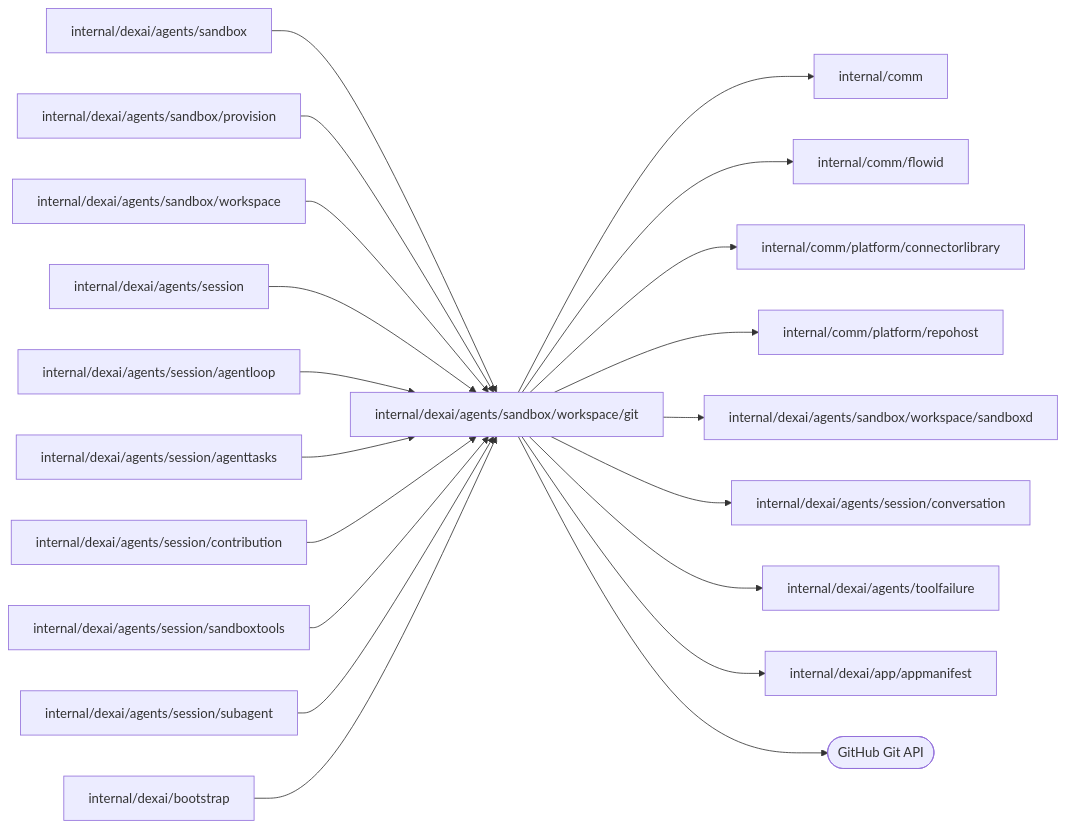
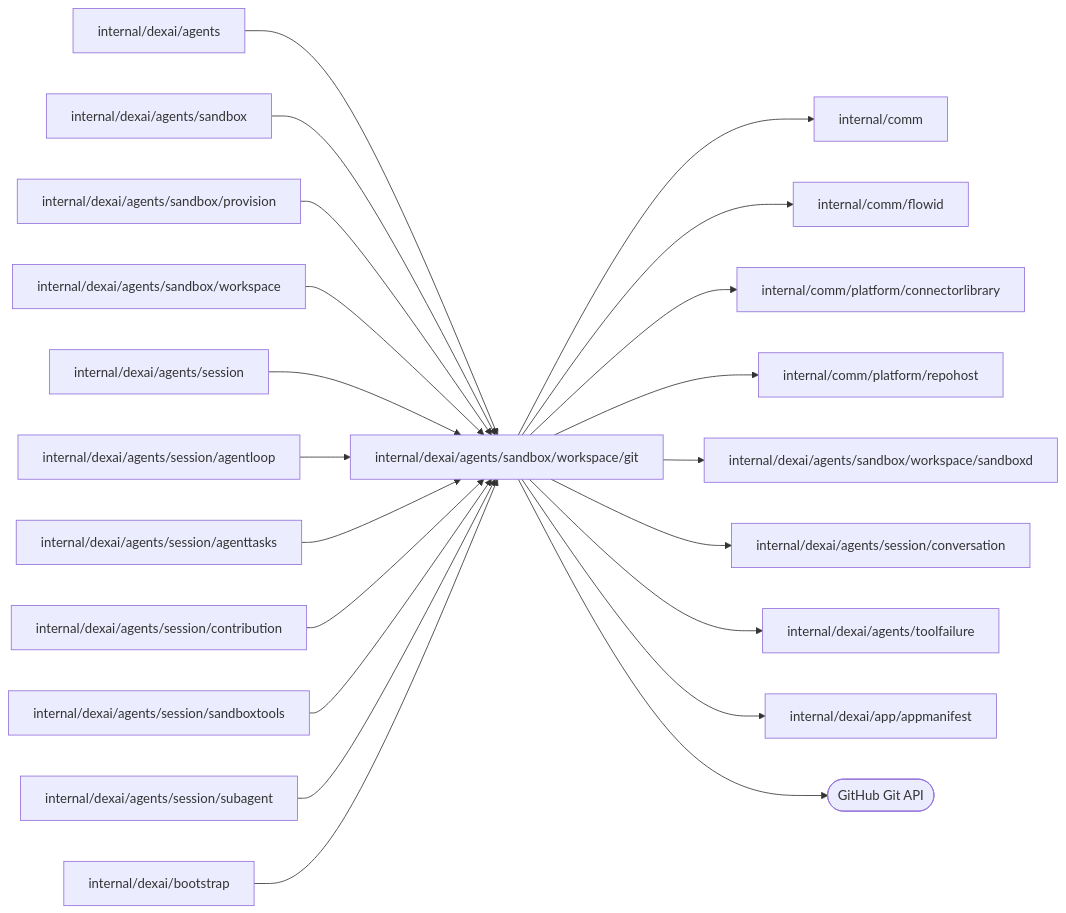
The diagram in internal/dexai/agents/sandbox/workspace/git/README.md (superdurable/superverse), drawn with Mermaid before and after one commit. The commit also changed other lines of this file and 226 other files, not shown here.

````diff
--- a/internal/dexai/agents/sandbox/workspace/git/README.md
+++ b/internal/dexai/agents/sandbox/workspace/git/README.md
@@ -10,23 +10,24 @@
 ```mermaid
 flowchart LR
   self["internal/dexai/agents/sandbox/workspace/git"]
-  c0["internal/dexai/agents/sandbox"] --> self
-  c1["internal/dexai/agents/sandbox/provision"] --> self
-  c2["internal/dexai/agents/sandbox/workspace"] --> self
-  c3["internal/dexai/agents/session"] --> self
-  c4["internal/dexai/agents/session/agentloop"] --> self
-  c5["internal/dexai/agents/session/agenttasks"] --> self
-  c6["internal/dexai/agents/session/contribution"] --> self
-  c7["internal/dexai/agents/session/sandboxtools"] --> self
-  c8["internal/dexai/agents/session/subagent"] --> self
-  c9["internal/dexai/bootstrap"] --> self
+  c0["internal/dexai/agents"] --> self
+  c1["internal/dexai/agents/sandbox"] --> self
+  c2["internal/dexai/agents/sandbox/provision"] --> self
+  c3["internal/dexai/agents/sandbox/workspace"] --> self
+  c4["internal/dexai/agents/session"] --> self
+  c5["internal/dexai/agents/session/agentloop"] --> self
+  c6["internal/dexai/agents/session/agenttasks"] --> self
+  c7["internal/dexai/agents/session/contribution"] --> self
+  c8["internal/dexai/agents/session/sandboxtools"] --> self
+  c9["internal/dexai/agents/session/subagent"] --> self
+  c10["internal/dexai/bootstrap"] --> self
   self --> d0["internal/comm"]
   self --> d1["internal/comm/flowid"]
   self --> d2["internal/comm/platform/connectorlibrary"]
   self --> d3["internal/comm/platform/repohost"]
   self --> d4["internal/dexai/agents/sandbox/workspace/sandboxd"]
   self --> d5["internal/dexai/agents/session/conversation"]
   self --> d6["internal/dexai/agents/toolfailure"]
   self --> d7["internal/dexai/app/appmanifest"]
   self --> e0(["GitHub Git API"])
 ```
````
